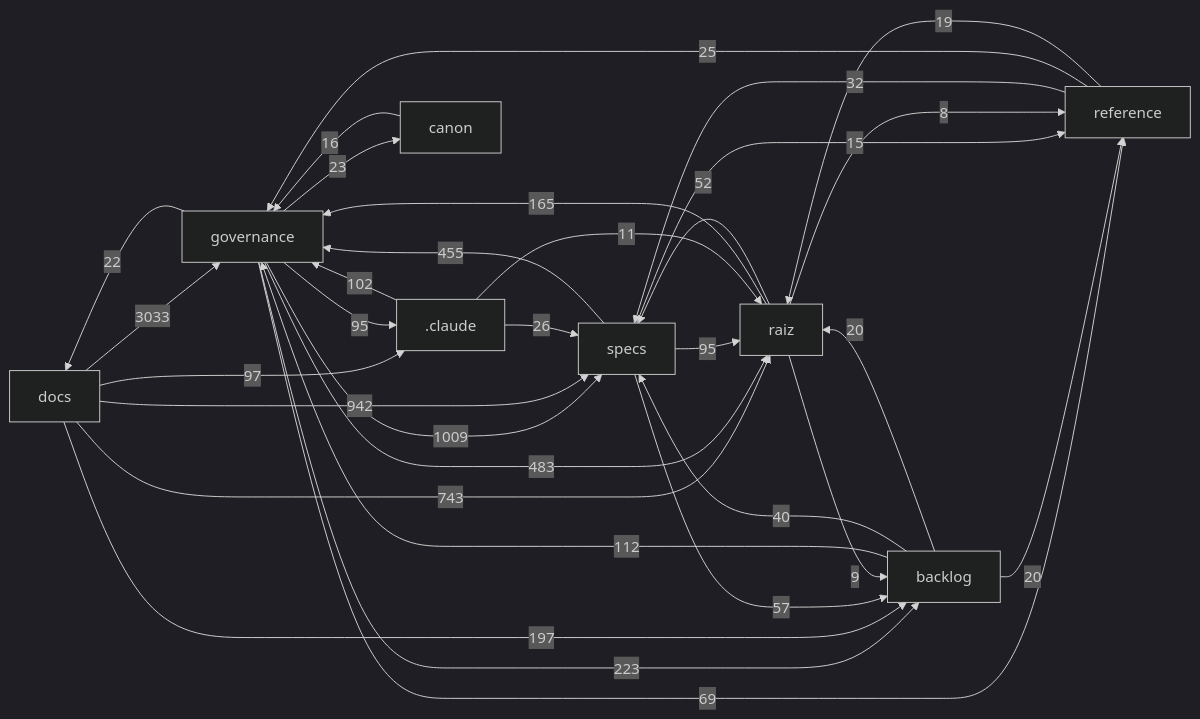
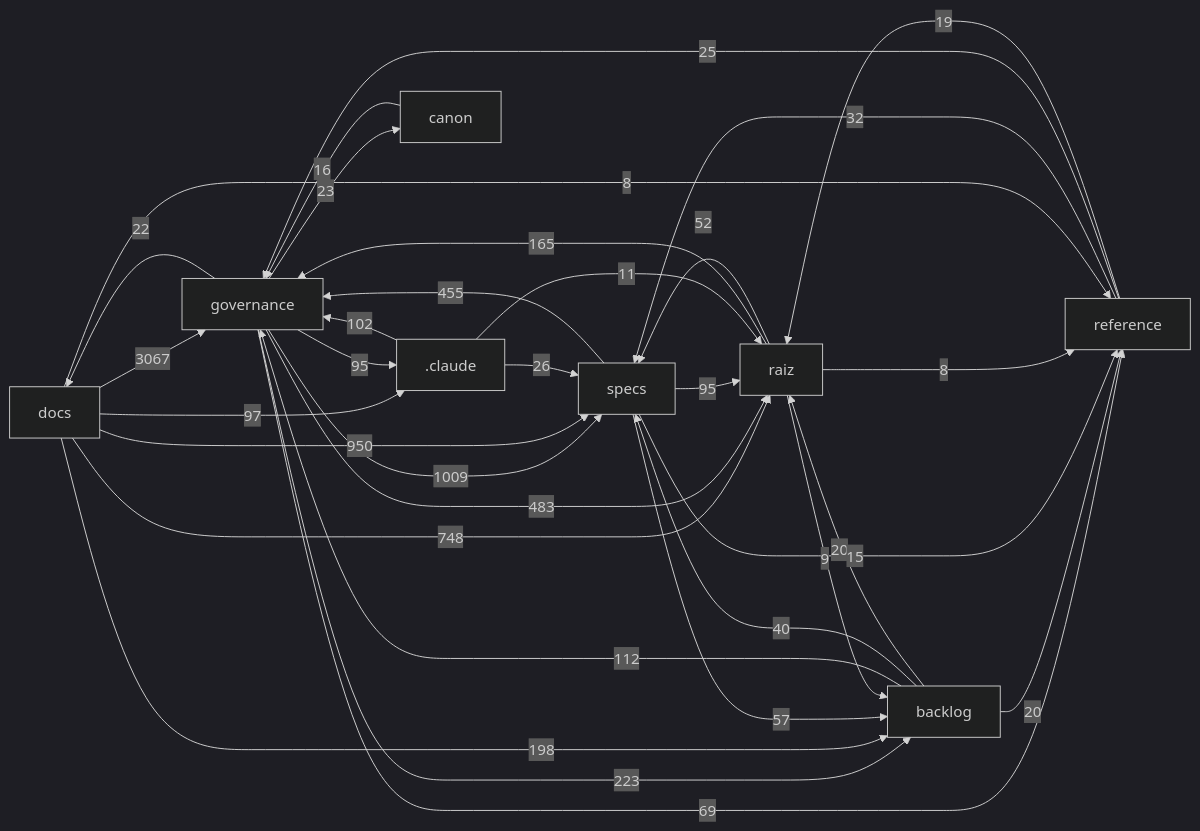
One commit to Andraus35/Sistema-Operacional-de-Trading--SOT changed the diagram in docs/mapa/MAPA-PROJETO.md. Above: the diagram before and after it, drawn with Mermaid (dark theme). The commit also changed other lines of this file and 2 other files, not shown here.

````diff
--- a/docs/mapa/MAPA-PROJETO.md
+++ b/docs/mapa/MAPA-PROJETO.md
@@ -29,34 +29,35 @@
 ```mermaid
 flowchart LR
-  docs["docs"] -->|3033| governance["governance"]
+  docs["docs"] -->|3067| governance["governance"]
   governance["governance"] -->|1009| specs["specs"]
-  docs["docs"] -->|942| specs["specs"]
-  docs["docs"] -->|743| raiz["raiz"]
+  docs["docs"] -->|950| specs["specs"]
+  docs["docs"] -->|748| raiz["raiz"]
   governance["governance"] -->|483| raiz["raiz"]
   specs["specs"] -->|455| governance["governance"]
   governance["governance"] -->|223| backlog["backlog"]
-  docs["docs"] -->|197| backlog["backlog"]
+  docs["docs"] -->|198| backlog["backlog"]
   raiz["raiz"] -->|165| governance["governance"]
   backlog["backlog"] -->|112| governance["governance"]
   _claude[".claude"] -->|102| governance["governance"]
   docs["docs"] -->|97| _claude[".claude"]
   governance["governance"] -->|95| _claude[".claude"]
   specs["specs"] -->|95| raiz["raiz"]
   governance["governance"] -->|69| reference["reference"]
   specs["specs"] -->|57| backlog["backlog"]
   raiz["raiz"] -->|52| specs["specs"]
   backlog["backlog"] -->|40| specs["specs"]
   reference["reference"] -->|32| specs["specs"]
   _claude[".claude"] -->|26| specs["specs"]
   reference["reference"] -->|25| governance["governance"]
   governance["governance"] -->|23| canon["canon"]
   governance["governance"] -->|22| docs["docs"]
   backlog["backlog"] -->|20| raiz["raiz"]
   backlog["backlog"] -->|20| reference["reference"]
   reference["reference"] -->|19| raiz["raiz"]
   canon["canon"] -->|16| governance["governance"]
   specs["specs"] -->|15| reference["reference"]
   _claude[".claude"] -->|11| raiz["raiz"]
   raiz["raiz"] -->|9| backlog["backlog"]
   raiz["raiz"] -->|8| reference["reference"]
+  docs["docs"] -->|8| reference["reference"]
 ```
````
